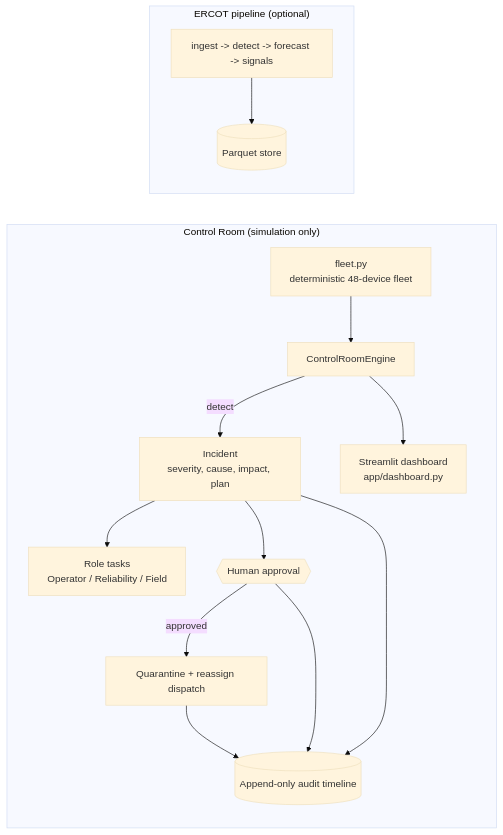
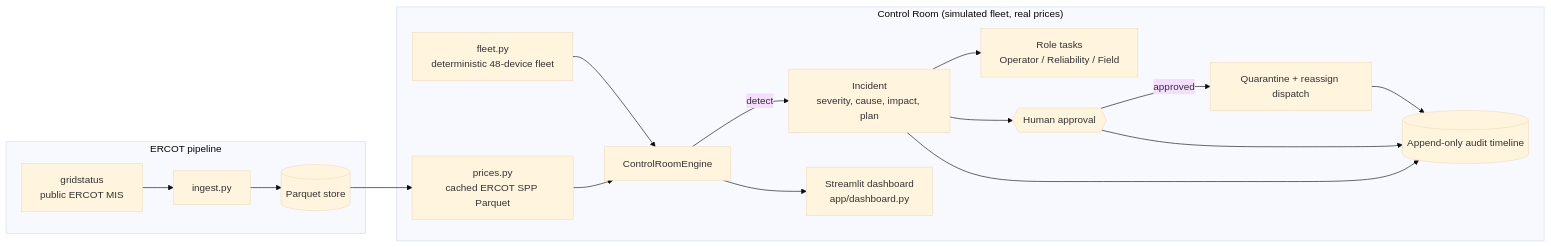
Before and after one commit to Regantih/gridsignal: the diagram in README.md, drawn with Mermaid (base theme). The commit also changed other lines of this file and 18 other files, not shown here.

Commit message:
Price the BAT-042 incident with a real cached ERCOT price trace

````diff
--- a/README.md
+++ b/README.md
@@ -68,17 +81,19 @@
 ```mermaid
 flowchart LR
-    subgraph CR["Control Room (simulation only)"]
+    subgraph CR["Control Room (simulated fleet, real prices)"]
         F[fleet.py<br/>deterministic 48-device fleet] --> E[ControlRoomEngine]
+        PR[prices.py<br/>cached ERCOT SPP Parquet] --> E
         E -->|detect| I[Incident<br/>severity, cause, impact, plan]
         I --> T[Role tasks<br/>Operator / Reliability / Field]
         I --> H{{Human approval}}
         H -->|approved| R[Quarantine + reassign dispatch]
         R --> A[(Append-only audit timeline)]
         H --> A
         I --> A
         E --> D[Streamlit dashboard<br/>app/dashboard.py]
     end
-    subgraph GP["ERCOT pipeline (optional)"]
-        P[ingest -> detect -> forecast -> signals] --> Q[(Parquet store)]
+    subgraph GP["ERCOT pipeline"]
+        G[gridstatus<br/>public ERCOT MIS] --> P[ingest.py] --> Q[(Parquet store)]
+        Q --> PR
     end
 ```
````
